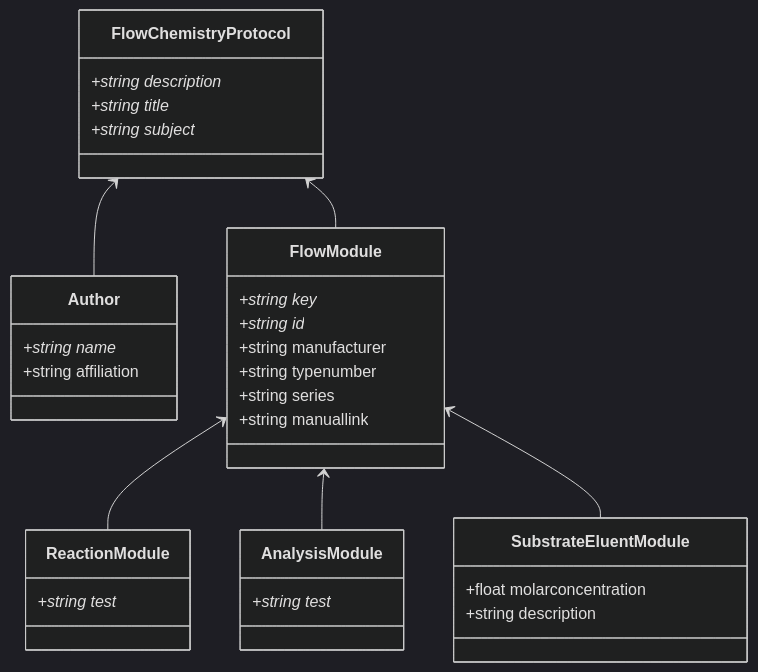
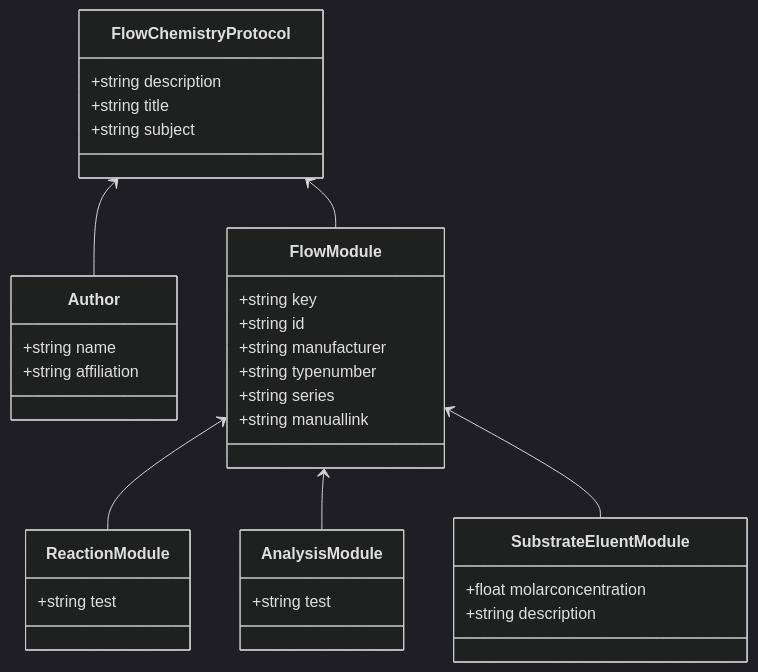
One commit to C-Kessler/sdrdm-flowchem-B2 changed the diagram in pyDataset/schemes/Dataset.md. Above: the diagram before and after it, drawn with Mermaid (dark theme). The commit also changed 2 other files, not shown here.

````diff
--- a/pyDataset/schemes/Dataset.md
+++ b/pyDataset/schemes/Dataset.md
@@ -1,42 +1,42 @@
 ```mermaid
 classDiagram
     FlowChemistryProtocol <-- Author
     FlowChemistryProtocol <-- FlowModule
     FlowModule <-- ReactionModule
     FlowModule <-- AnalysisModule
     FlowModule <-- SubstrateEluentModule
     
     class FlowChemistryProtocol {
-        +string description*
-        +string title*
-        +string subject*
+        +string description
+        +string title
+        +string subject
     }
     
     class Author {
-        +string name*
+        +string name
         +string affiliation
     }
     
     class FlowModule {
-        +string key*
-        +string id*
+        +string key
+        +string id
         +string manufacturer
         +string typenumber
         +string series
         +string manuallink
     }
     
     class ReactionModule {
-        +string test*
+        +string test
     }
     
     class AnalysisModule {
-        +string test*
+        +string test
     }
     
     class SubstrateEluentModule {
         +float molarconcentration
         +string description
     }
     
 ```
````
